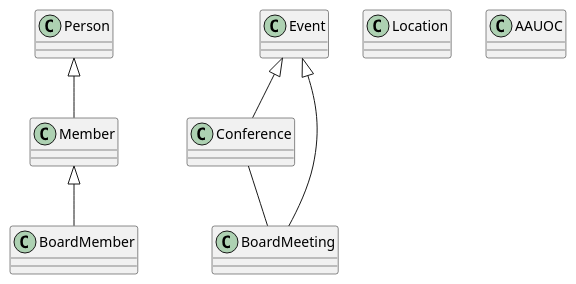
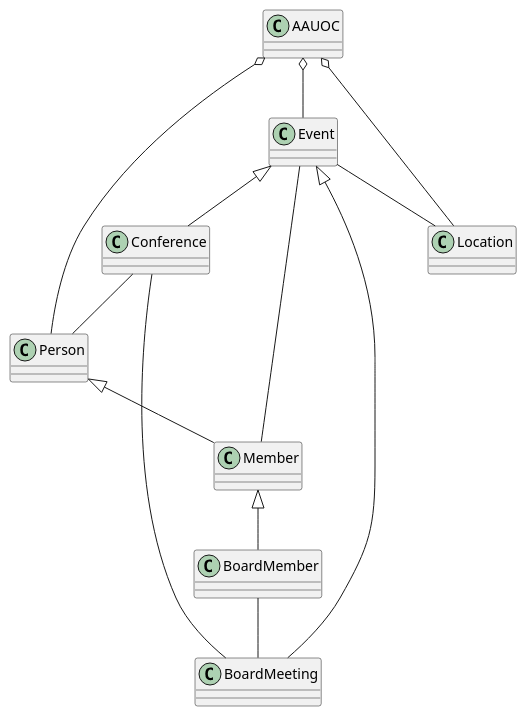
The diagram in src/DiagramaUn11MRCP.puml (miriancp88/UMLClases), drawn with PlantUML before and after one commit.

Commit message:
Relaciones con AAUOC

```diff
--- a/src/DiagramaUn11MRCP.puml
+++ b/src/DiagramaUn11MRCP.puml
@@ -1,35 +1,43 @@
 @startuml
 
 class Member{
 }
 
 class BoardMember{
 }
 
 class Event{
 }
 
 class Conference{
 }
 
 class BoardMeeting{
 }
 
 class Location{
 }
 
 class Person{
 }
 
 class AAUOC{
 }
 
 Event <|-- Conference
 Event <|-- BoardMeeting
 Conference -- BoardMeeting
 
 Person <|-- Member
 Member <|-- BoardMember
 
+AAUOC o-- Location
+AAUOC o-- Event
+AAUOC o-- Person
+Event -- Member
+Event -- Location
+Conference -- Person
+BoardMember -- BoardMeeting
+
 
 @enduml
```
